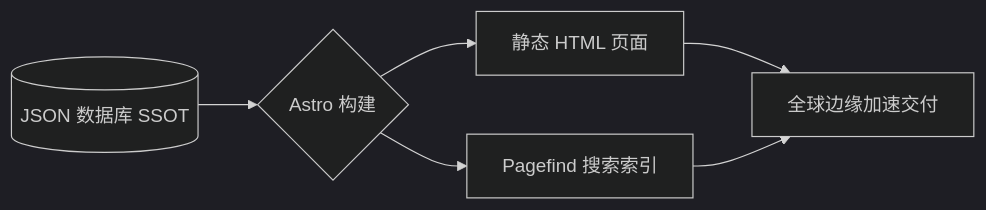
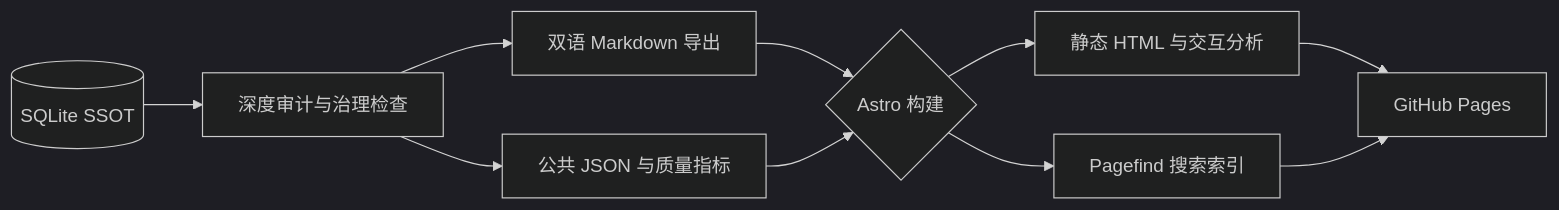
The first of 2 diagrams in README.zh.md (liuh886/ccus-policy-hub), drawn with Mermaid (dark theme) before and after one commit. The commit also changed other lines of this file, not shown here.

````diff
--- a/README.zh.md
+++ b/README.zh.md
@@ -58,8 +163,12 @@
 ```mermaid
 graph LR
-    A[(JSON 数据库 SSOT)] --> B{Astro 构建}
-    B --> C[静态 HTML 页面]
-    B --> D[Pagefind 搜索索引]
-    C --> E[全球边缘加速交付]
+    A[(SQLite SSOT)] --> B[深度审计与治理检查]
+    B --> C[双语 Markdown 导出]
+    B --> D[公共 JSON 与质量指标]
+    C --> E{Astro 构建}
     D --> E
+    E --> F[静态 HTML 与交互分析]
+    E --> G[Pagefind 搜索索引]
+    F --> H[GitHub Pages]
+    G --> H
 ```
````
